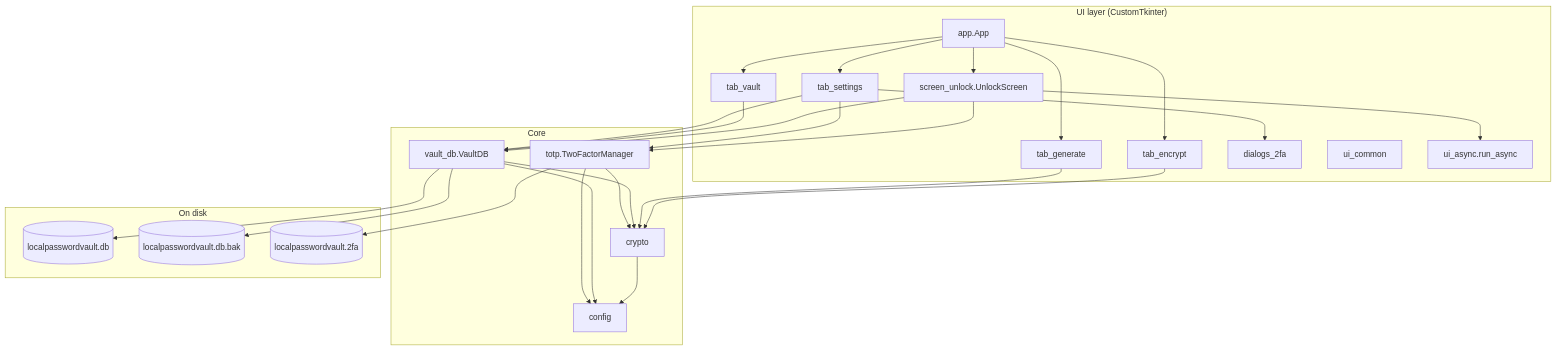
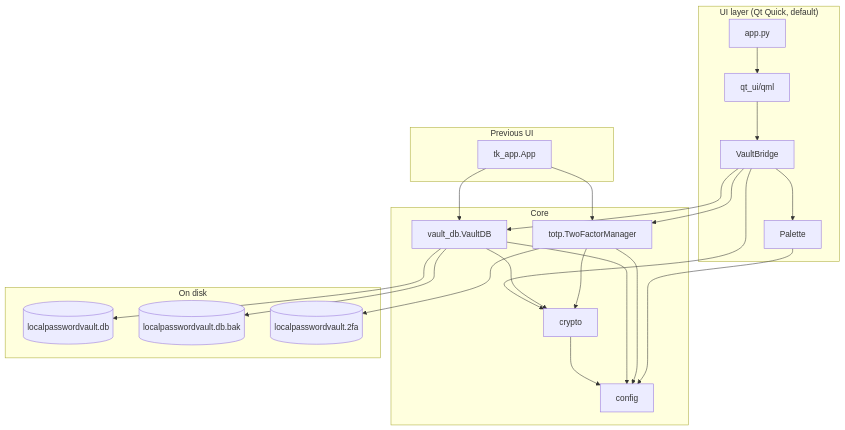
The first of 2 diagrams in architecture.md (bullx/localpasswordvault), drawn with Mermaid before and after one commit. The commit also changed other lines of this file and 44 other files, not shown here.

````diff
--- a/architecture.md
+++ b/architecture.md
@@ -65,50 +82,44 @@
 ```mermaid
 flowchart TB
-  subgraph UI["UI layer (CustomTkinter)"]
-    App[app.App]
-    Unlock[screen_unlock.UnlockScreen]
-    VaultTab[tab_vault]
-    EncryptTab[tab_encrypt]
-    GenTab[tab_generate]
-    SettingsTab[tab_settings]
-    Dialogs2FA[dialogs_2fa]
-    Common[ui_common]
-    Async[ui_async.run_async]
+  subgraph Qt["UI layer (Qt Quick, default)"]
+    AppPy[app.py]
+    Qml[qt_ui/qml]
+    Bridge[VaultBridge]
+    Palette[Palette]
+  end
+
+  subgraph Tk["Previous UI"]
+    TkApp[tk_app.App]
   end
 
   subgraph Core["Core"]
     Vault[vault_db.VaultDB]
     TFA[totp.TwoFactorManager]
     Crypto[crypto]
     Config[config]
   end
 
   subgraph Disk["On disk"]
     DB[(localpasswordvault.db)]
     BAK[(localpasswordvault.db.bak)]
     TFAF[(localpasswordvault.2fa)]
   end
 
-  App --> Unlock
-  App --> VaultTab
-  App --> EncryptTab
-  App --> GenTab
-  App --> SettingsTab
-  Unlock --> Vault
-  Unlock --> TFA
-  Unlock --> Async
-  VaultTab --> Vault
-  SettingsTab --> Vault
-  SettingsTab --> TFA
-  SettingsTab --> Dialogs2FA
-  EncryptTab --> Crypto
-  GenTab --> Crypto
+  AppPy --> Qml
+  Qml --> Bridge
+  Bridge --> Palette
+  Bridge --> Vault
+  Bridge --> TFA
+  Bridge --> Crypto
+  TkApp --> Vault
+  TkApp --> TFA
   Vault --> Crypto
   Vault --> DB
   Vault --> BAK
   TFA --> Crypto
   TFA --> TFAF
   Crypto --> Config
   Vault --> Config
   TFA --> Config
+  Palette --> Config
 ```
````
